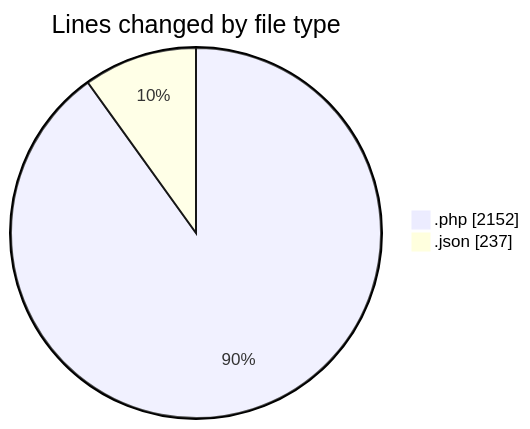
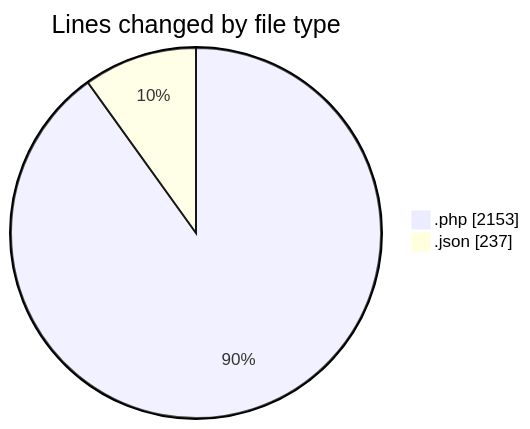
One commit to idhammustaqopulfikri/code-tracking changed the first of 2 diagrams in 2025-05-30/studio-backend/README.md. Above: the diagram before and after it, drawn with Mermaid. The commit also changed other lines of this file and 1 other file, not shown here.

````diff
--- a/2025-05-30/studio-backend/README.md
+++ b/2025-05-30/studio-backend/README.md
@@ -34,6 +34,6 @@
 ```mermaid
 pie showData
 title Lines changed by file type
-".php" : 2152
+".php" : 2153
 ".json" : 237
 ```
````
